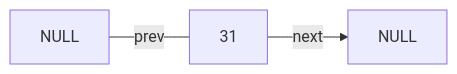
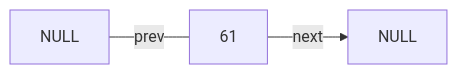
Before and after one commit to yonisimian/c-calculator: the third of 3 diagrams in README.md, drawn with Mermaid. The commit also changed other lines of this file and 1 other file, not shown here.

````diff
--- a/README.md
+++ b/README.md
@@ -97,5 +97,5 @@
 ```mermaid
 graph LR
-Q[NULL]--prev---A[31]
+Q[NULL]--prev---A[61]
 A--next-->W[NULL]
 ```
````
